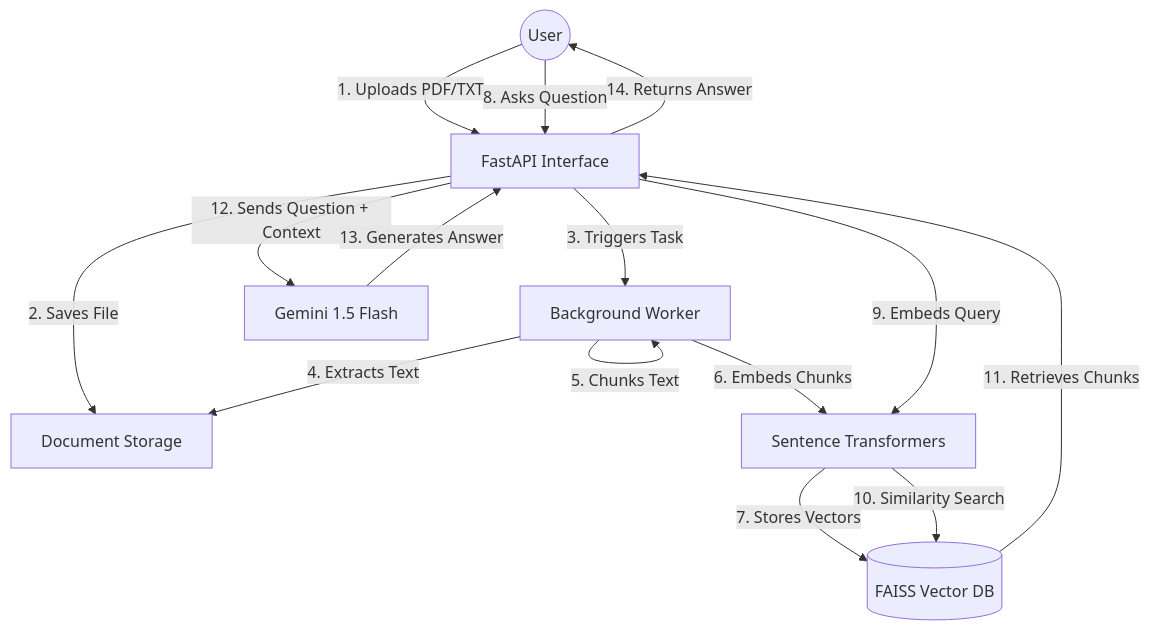
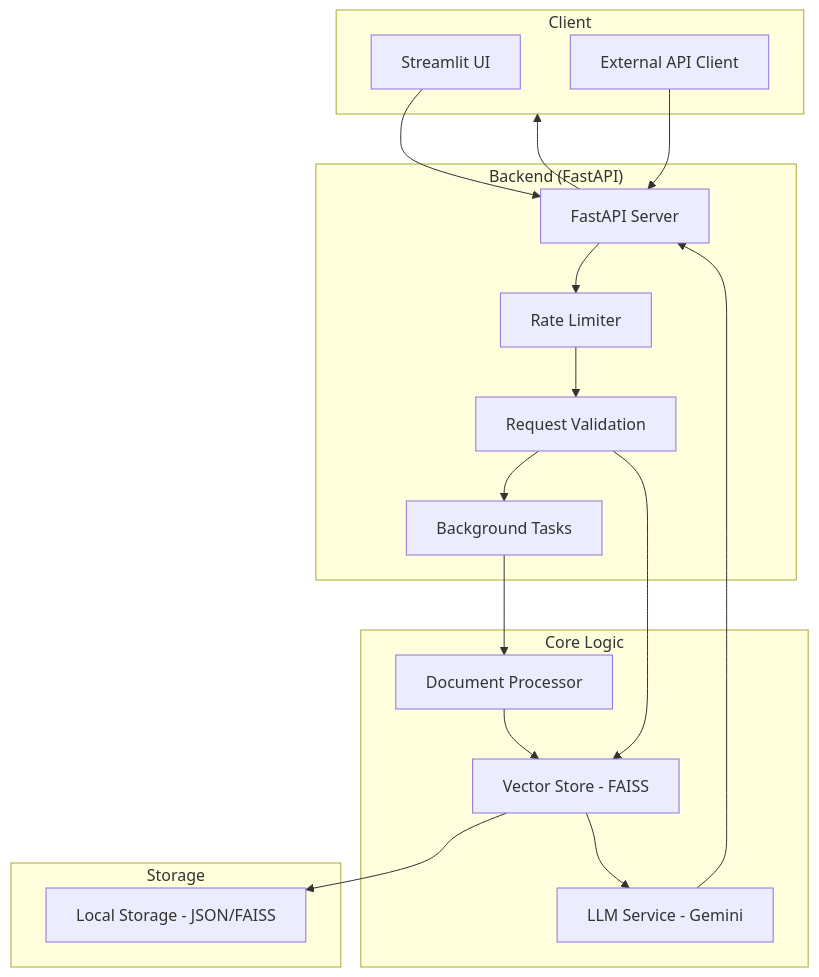
One commit to Imkkrish/rag-qa-system changed the diagram in architecture.md. Above: the diagram before and after it, drawn with Mermaid. The commit also changed other lines of this file and 14 other files, not shown here.

Commit message:
feat: Implement API request/response schemas, add RAG verification tests, and update system architecture and explanation documentation.

````diff
--- a/architecture.md
+++ b/architecture.md
@@ -9,26 +5,37 @@
 ```mermaid
 graph TD
-    User((User))
-    API[FastAPI Interface]
-    BG[Background Worker]
-    DS[Document Storage]
-    VS[(FAISS Vector DB)]
-    ST[Sentence Transformers]
-    LLM[Gemini 1.5 Flash]
+    subgraph Client
+        UI[Streamlit UI]
+        API_Client[External API Client]
+    end
 
-    User -- "1. Uploads PDF/TXT" --> API
-    API -- "2. Saves File" --> DS
-    API -- "3. Triggers Task" --> BG
-    BG -- "4. Extracts Text" --> DS
-    BG -- "5. Chunks Text" --> BG
-    BG -- "6. Embeds Chunks" --> ST
-    ST -- "7. Stores Vectors" --> VS
+    subgraph "Backend (FastAPI)"
+        API[FastAPI Server]
+        Limiter[Rate Limiter]
+        Pydantic[Request Validation]
+        BG[Background Tasks]
+    end
 
-    User -- "8. Asks Question" --> API
-    API -- "9. Embeds Query" --> ST
-    ST -- "10. Similarity Search" --> VS
-    VS -- "11. Retrieves Chunks" --> API
-    API -- "12. Sends Question + Context" --> LLM
-    LLM -- "13. Generates Answer" --> API
-    API -- "14. Returns Answer" --> User
+    subgraph "Core Logic"
+        DP[Document Processor]
+        VS[Vector Store - FAISS]
+        LLM[LLM Service - Gemini]
+    end
+
+    subgraph "Storage"
+        DISK[Local Storage - JSON/FAISS]
+    end
+
+    UI --> API
+    API_Client --> API
+    API --> Limiter
+    Limiter --> Pydantic
+    Pydantic --> BG
+    Pydantic --> VS
+    BG --> DP
+    DP --> VS
+    VS --> DISK
+    VS --> LLM
+    LLM --> API
+    API --> Client
 ```
````
